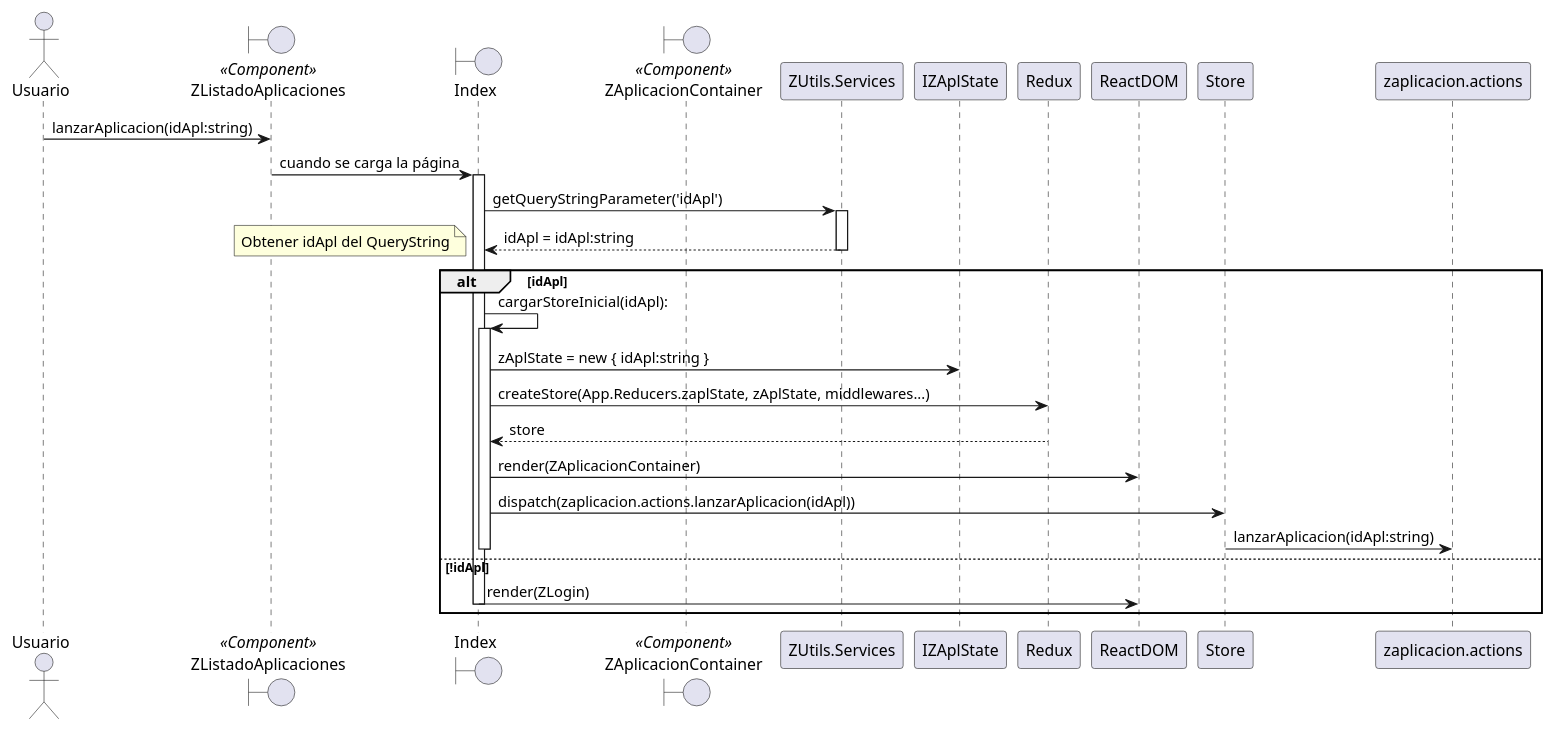
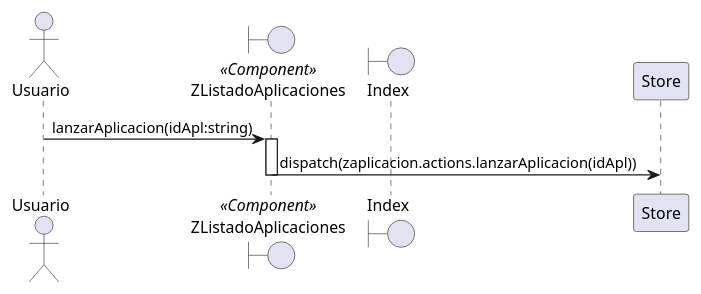
One commit to ceriosp/azenweb changed the diagram in docs/zaplicacion/lanzar-aplicacion-sequence.wsd. Above: the diagram before and after it, drawn with PlantUML. The commit also changed 2 other files, not shown here.

Commit message:
Diagrama de secuencia para cargar menú.

```diff
--- a/docs/zaplicacion/lanzar-aplicacion-sequence.wsd
+++ b/docs/zaplicacion/lanzar-aplicacion-sequence.wsd
@@ -1,35 +1,14 @@
-@startuml
+@startuml lanzarAplicacion
 
 actor Usuario
 
 boundary ZListadoAplicaciones <<Component>>
 boundary Index
-boundary ZAplicacionContainer <<Component>>
 
 Usuario -> ZListadoAplicaciones: lanzarAplicacion(idApl:string)
-ZListadoAplicaciones -> Index : cuando se carga la página
-activate Index
+activate ZListadoAplicaciones
+ZListadoAplicaciones -> Store: dispatch(zaplicacion.actions.lanzarAplicacion(idApl))
+deactivate ZListadoAplicaciones
 
-Index -> ZUtils.Services : getQueryStringParameter('idApl')
-activate ZUtils.Services
-Index <-- ZUtils.Services: idApl = idApl:string
-deactivate ZUtils.Services
-
-alt idApl
-
-note left: Obtener idApl del QueryString
-Index -> Index:cargarStoreInicial(idApl):
-activate Index
-Index -> IZAplState : zAplState = new { idApl:string }
-Index -> Redux: createStore(App.Reducers.zaplState, zAplState, middlewares...)
-Index <-- Redux: store
-Index -> ReactDOM: render(ZAplicacionContainer)
-Index -> Store: dispatch(zaplicacion.actions.lanzarAplicacion(idApl))
-Store -> zaplicacion.actions: lanzarAplicacion(idApl:string)
-deactivate Index
-else !idApl
-Index -> ReactDOM: render(ZLogin)
-deactivate Index
-end
 
 @enduml
```
